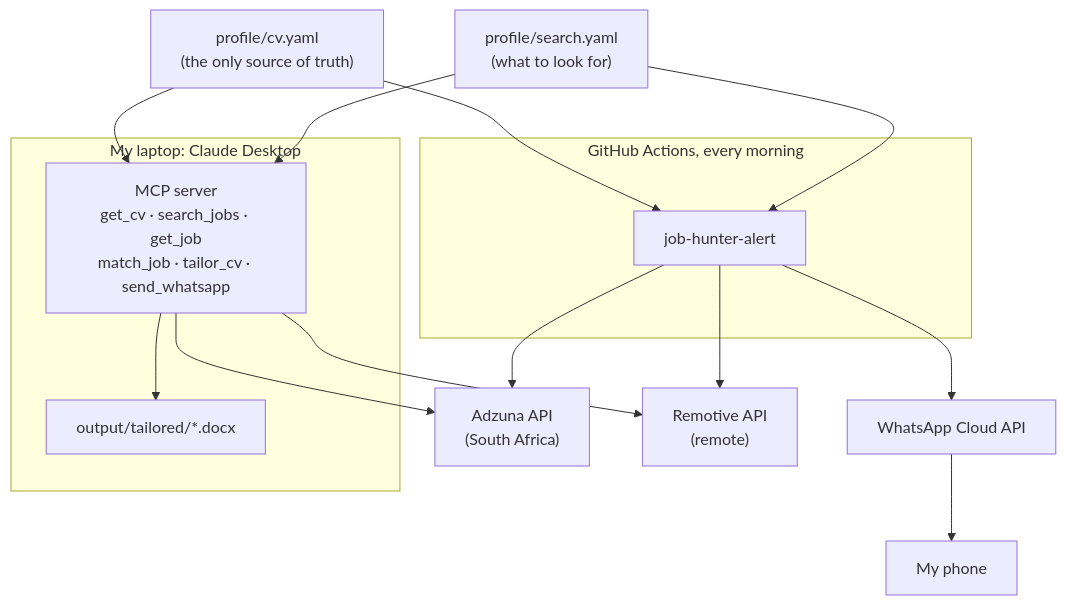
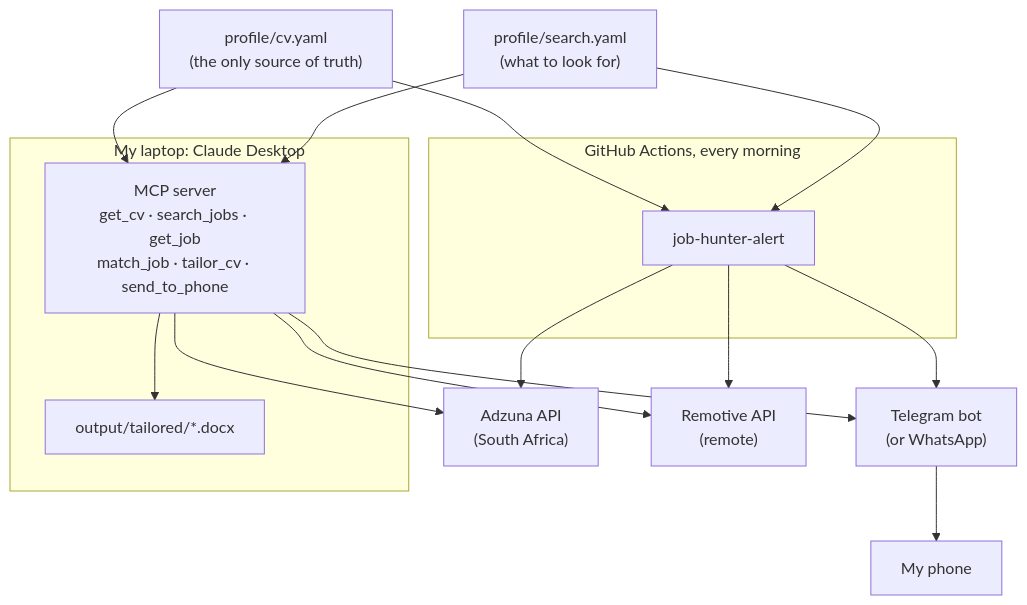
One commit to BeaconNicolas/job-hunter-mcp changed the diagram in README.md. Above: the diagram before and after it, drawn with Mermaid. The commit also changed other lines of this file and 12 other files, not shown here.

First line of the commit message:
Add Telegram alerts, since Meta locks unverified WhatsApp accounts

````diff
--- a/README.md
+++ b/README.md
@@ -22,30 +23,31 @@
 ```mermaid
 flowchart TD
   cv["profile/cv.yaml<br/>(the only source of truth)"]
   search["profile/search.yaml<br/>(what to look for)"]
 
   subgraph laptop["My laptop: Claude Desktop"]
-    mcp["MCP server<br/>get_cv · search_jobs · get_job<br/>match_job · tailor_cv · send_whatsapp"]
+    mcp["MCP server<br/>get_cv · search_jobs · get_job<br/>match_job · tailor_cv · send_to_phone"]
     docx["output/tailored/*.docx"]
   end
 
   subgraph gha["GitHub Actions, every morning"]
     alert["job-hunter-alert"]
   end
 
   adzuna["Adzuna API<br/>(South Africa)"]
   remotive["Remotive API<br/>(remote)"]
-  wa["WhatsApp Cloud API"]
+  tg["Telegram bot<br/>(or WhatsApp)"]
   phone["My phone"]
 
   cv --> mcp
   cv --> alert
   search --> mcp
   search --> alert
   mcp --> adzuna
   mcp --> remotive
   alert --> adzuna
   alert --> remotive
   mcp --> docx
-  alert --> wa --> phone
+  alert --> tg --> phone
+  mcp --> tg
 ```
````
